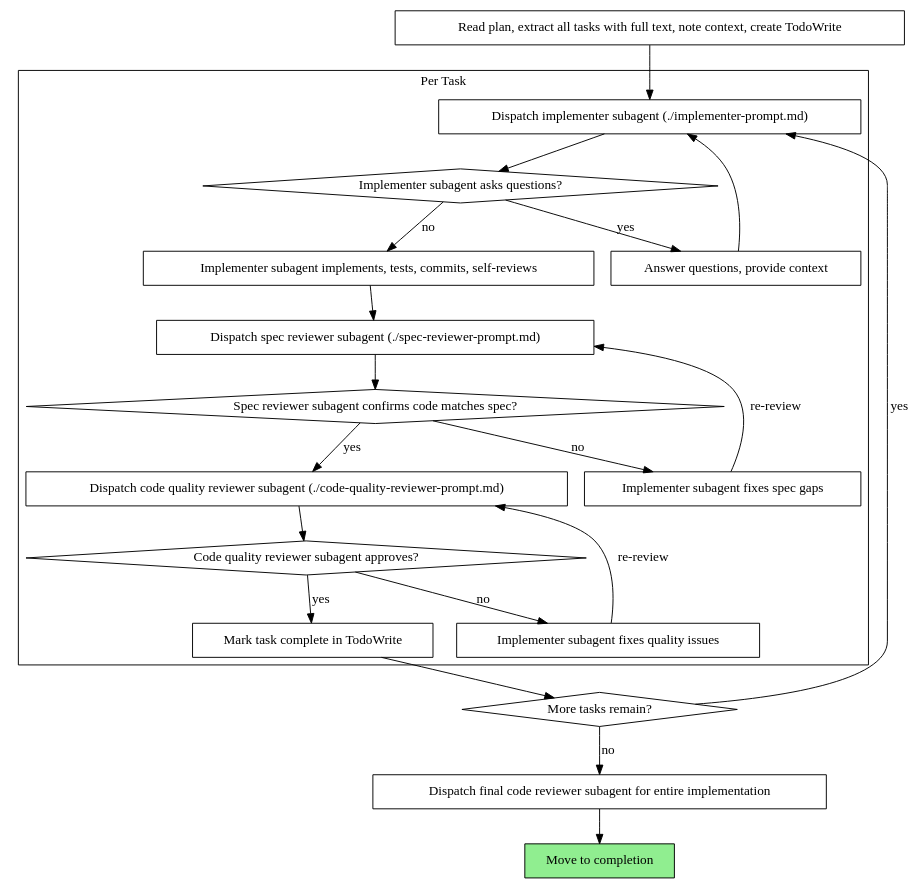
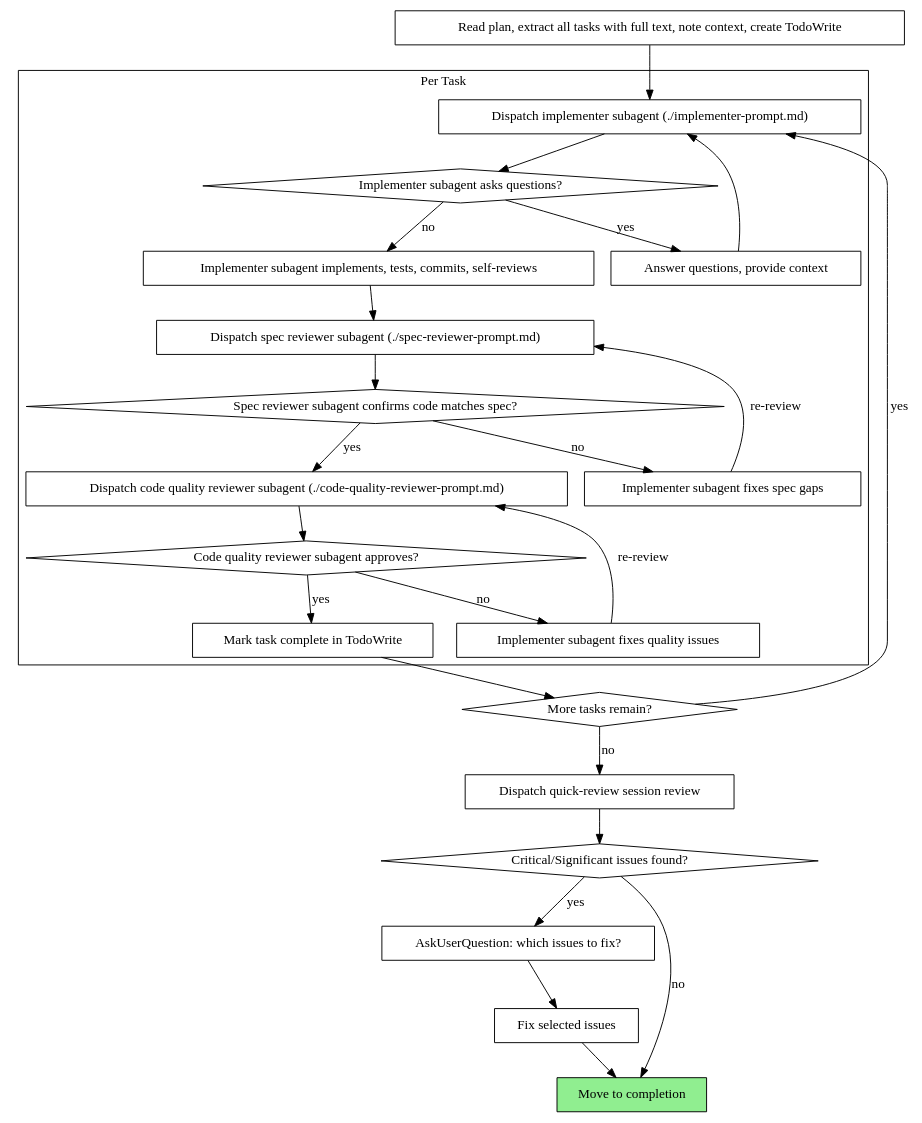
One commit to ronsanzone/claude-essentials changed the diagram in .claude/skills/dw-06b-implement-subagents/SKILL.md. Above: the diagram before and after it, drawn with Graphviz. The commit also changed other lines of this file and 7 other files, not shown here.

````diff
--- a/.claude/skills/dw-06b-implement-subagents/SKILL.md
+++ b/.claude/skills/dw-06b-implement-subagents/SKILL.md
@@ -36,44 +40,51 @@
 ```graphviz
 digraph process {
     rankdir=TB;
 
     subgraph cluster_per_task {
         label="Per Task";
         "Dispatch implementer subagent (./implementer-prompt.md)" [shape=box];
         "Implementer subagent asks questions?" [shape=diamond];
         "Answer questions, provide context" [shape=box];
         "Implementer subagent implements, tests, commits, self-reviews" [shape=box];
         "Dispatch spec reviewer subagent (./spec-reviewer-prompt.md)" [shape=box];
         "Spec reviewer subagent confirms code matches spec?" [shape=diamond];
         "Implementer subagent fixes spec gaps" [shape=box];
         "Dispatch code quality reviewer subagent (./code-quality-reviewer-prompt.md)" [shape=box];
         "Code quality reviewer subagent approves?" [shape=diamond];
         "Implementer subagent fixes quality issues" [shape=box];
         "Mark task complete in TodoWrite" [shape=box];
     }
 
     "Read plan, extract all tasks with full text, note context, create TodoWrite" [shape=box];
     "More tasks remain?" [shape=diamond];
-    "Dispatch final code reviewer subagent for entire implementation" [shape=box];
+    "Dispatch quick-review session review" [shape=box];
+    "Critical/Significant issues found?" [shape=diamond];
+    "AskUserQuestion: which issues to fix?" [shape=box];
+    "Fix selected issues" [shape=box];
     "Move to completion" [shape=box style=filled fillcolor=lightgreen];
 
     "Read plan, extract all tasks with full text, note context, create TodoWrite" -> "Dispatch implementer subagent (./implementer-prompt.md)";
     "Dispatch implementer subagent (./implementer-prompt.md)" -> "Implementer subagent asks questions?";
     "Implementer subagent asks questions?" -> "Answer questions, provide context" [label="yes"];
     "Answer questions, provide context" -> "Dispatch implementer subagent (./implementer-prompt.md)";
     "Implementer subagent asks questions?" -> "Implementer subagent implements, tests, commits, self-reviews" [label="no"];
     "Implementer subagent implements, tests, commits, self-reviews" -> "Dispatch spec reviewer subagent (./spec-reviewer-prompt.md)";
     "Dispatch spec reviewer subagent (./spec-reviewer-prompt.md)" -> "Spec reviewer subagent confirms code matches spec?";
     "Spec reviewer subagent confirms code matches spec?" -> "Implementer subagent fixes spec gaps" [label="no"];
     "Implementer subagent fixes spec gaps" -> "Dispatch spec reviewer subagent (./spec-reviewer-prompt.md)" [label="re-review"];
     "Spec reviewer subagent confirms code matches spec?" -> "Dispatch code quality reviewer subagent (./code-quality-reviewer-prompt.md)" [label="yes"];
     "Dispatch code quality reviewer subagent (./code-quality-reviewer-prompt.md)" -> "Code quality reviewer subagent approves?";
     "Code quality reviewer subagent approves?" -> "Implementer subagent fixes quality issues" [label="no"];
     "Implementer subagent fixes quality issues" -> "Dispatch code quality reviewer subagent (./code-quality-reviewer-prompt.md)" [label="re-review"];
     "Code quality reviewer subagent approves?" -> "Mark task complete in TodoWrite" [label="yes"];
     "Mark task complete in TodoWrite" -> "More tasks remain?";
     "More tasks remain?" -> "Dispatch implementer subagent (./implementer-prompt.md)" [label="yes"];
-    "More tasks remain?" -> "Dispatch final code reviewer subagent for entire implementation" [label="no"];
-    "Dispatch final code reviewer subagent for entire implementation" -> "Move to completion";
+    "More tasks remain?" -> "Dispatch quick-review session review" [label="no"];
+    "Dispatch quick-review session review" -> "Critical/Significant issues found?" [shape=diamond];
+    "Critical/Significant issues found?" -> "AskUserQuestion: which issues to fix?" [label="yes"];
+    "AskUserQuestion: which issues to fix?" -> "Fix selected issues" [shape=box];
+    "Fix selected issues" -> "Move to completion";
+    "Critical/Significant issues found?" -> "Move to completion" [label="no"];
 }
 ```
````
